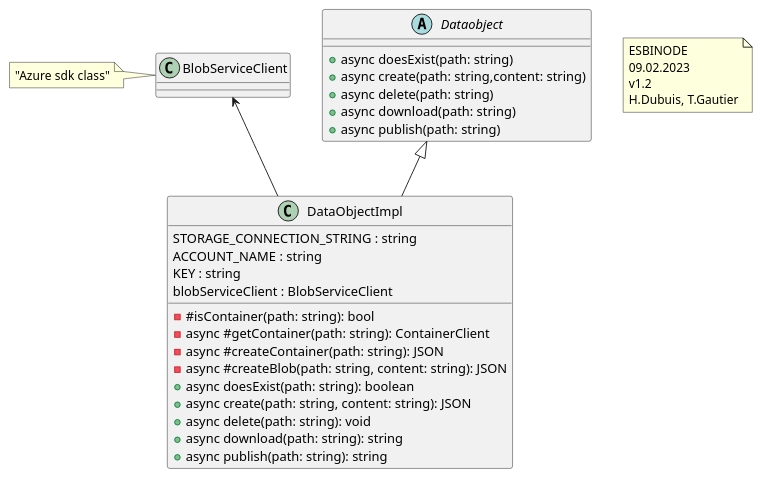
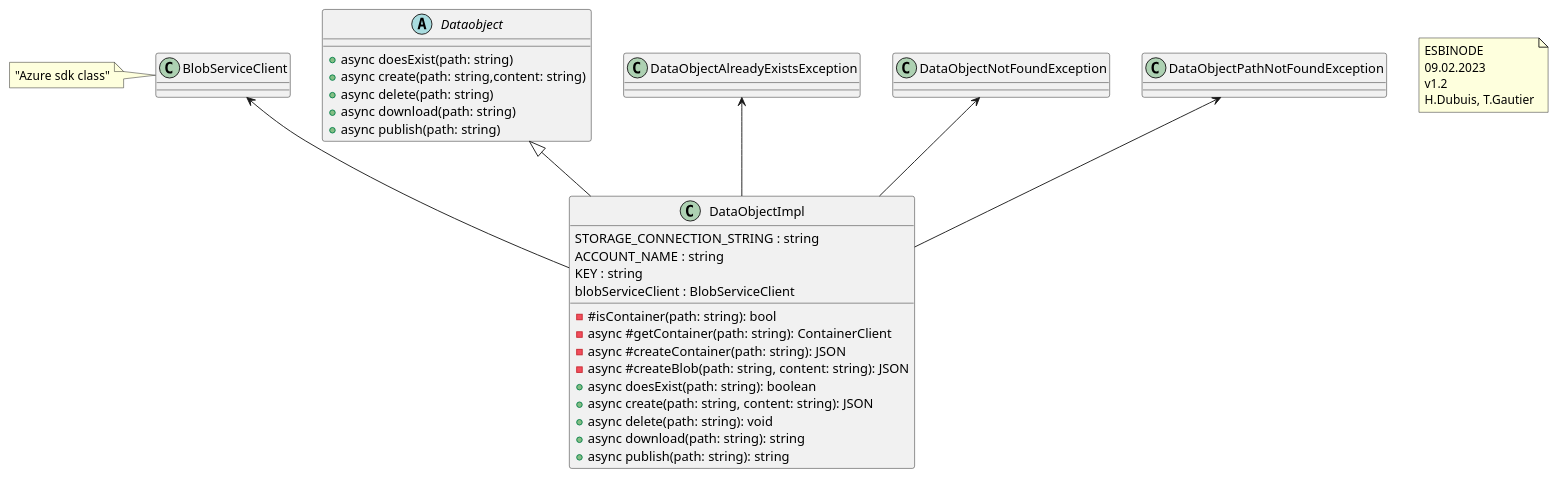
One commit to CPNV-ES-BI/BI_NODE_AZURE changed the diagram in doc/interface.pu. Above: the diagram before and after it, drawn with PlantUML.

Commit message:
update class diagram

```diff
--- a/doc/interface.pu
+++ b/doc/interface.pu
@@ -1,41 +1,52 @@
 @startuml BI-Azure-node
 
 note as n1 
   ESBINODE
   09.02.2023
   v1.2
   H.Dubuis, T.Gautier
 end note
 
 class BlobServiceClient{}
 note left: "Azure sdk class"
 
 class DataObjectImpl{
   STORAGE_CONNECTION_STRING : string
   ACCOUNT_NAME : string
   KEY : string
   blobServiceClient : BlobServiceClient
   - #isContainer(path: string): bool
   - async #getContainer(path: string): ContainerClient
   - async #createContainer(path: string): JSON
   - async #createBlob(path: string, content: string): JSON
   + async doesExist(path: string): boolean
   + async create(path: string, content: string): JSON
   + async delete(path: string): void
   + async download(path: string): string
   + async publish(path: string): string
 }
 
 abstract Dataobject{
   + async doesExist(path: string)
   + async create(path: string,content: string)
   + async delete(path: string)
   + async download(path: string)
   + async publish(path: string)
 }
 
 
 BlobServiceClient <-- DataObjectImpl
 Dataobject <|-- DataObjectImpl
 
+DataObjectAlreadyExistsException <-- DataObjectImpl
+DataObjectNotFoundException <-- DataObjectImpl
+DataObjectPathNotFoundException <-- DataObjectImpl
+
+
+
+class DataObjectAlreadyExistsException
+class DataObjectNotFoundException
+class DataObjectPathNotFoundException
+
+
 @enduml
```
